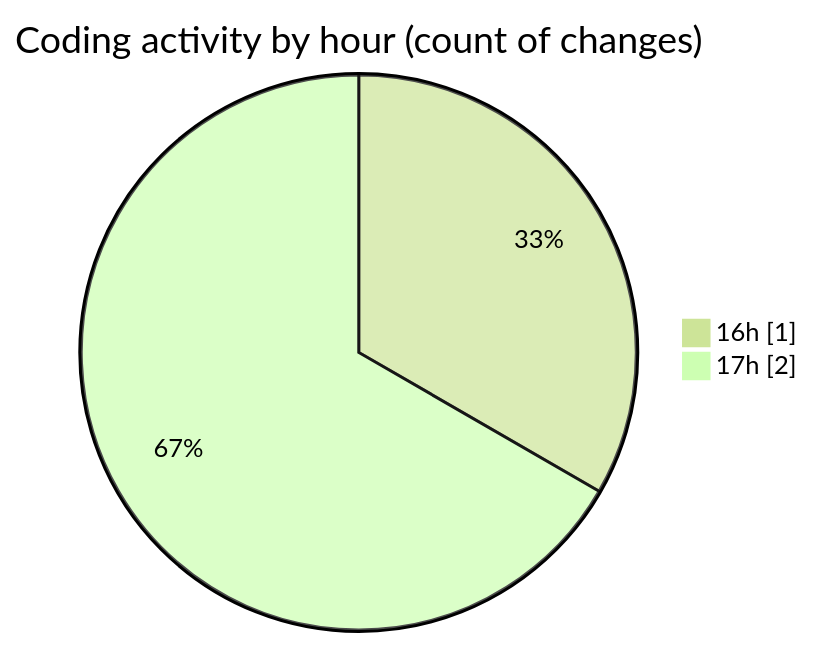
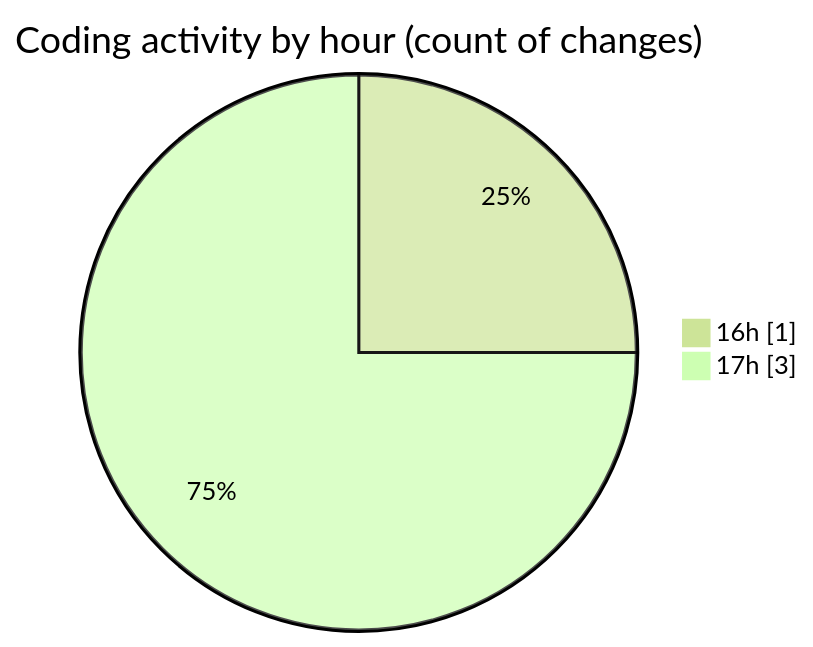
The second of 2 diagrams in 2025-04-28/startfiles__5_/README.md (NitaiMahat/code-tracking), drawn with Mermaid (forest theme) before and after one commit. The commit also changed other lines of this file and 1 other file, not shown here.

````diff
--- a/2025-04-28/startfiles__5_/README.md
+++ b/2025-04-28/startfiles__5_/README.md
@@ -29,6 +29,6 @@
 ```mermaid
 pie showData
 title Coding activity by hour (count of changes)
 "16h" : 1
-"17h" : 2
+"17h" : 3
 ```
````
